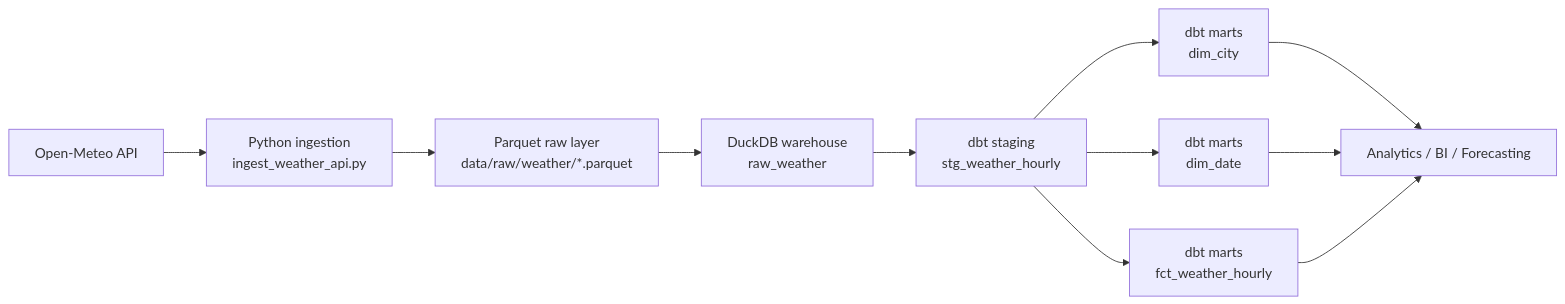
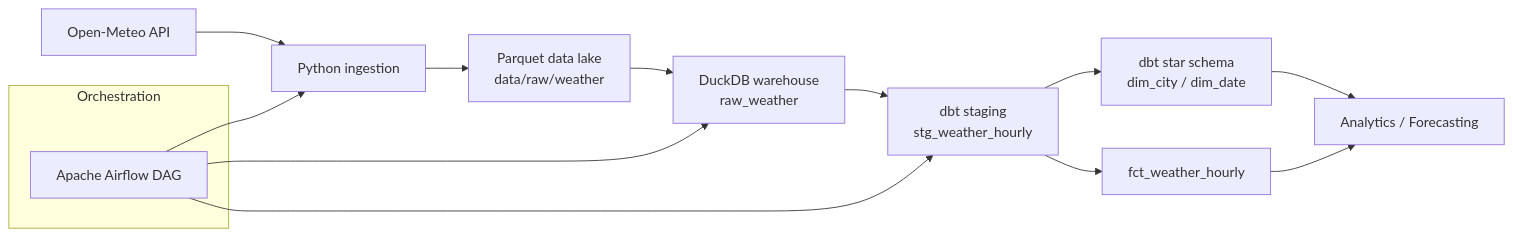
The first of 2 diagrams in README.md (franc225/canadian-weather-data-pipeline), drawn with Mermaid before and after one commit. The commit also changed other lines of this file and 8 other files, not shown here.

Commit message:
Add airflow orchestration

````diff
--- a/README.md
+++ b/README.md
@@ -33,13 +33,20 @@
 ```mermaid
 flowchart LR
-    A[Open-Meteo API] --> B[Python ingestion<br/>ingest_weather_api.py]
-    B --> C[Parquet raw layer<br/>data/raw/weather/*.parquet]
-    C --> D[DuckDB warehouse<br/>raw_weather]
-    D --> E[dbt staging<br/>stg_weather_hourly]
-    E --> F[dbt marts<br/>dim_city]
-    E --> G[dbt marts<br/>dim_date]
-    E --> H[dbt marts<br/>fct_weather_hourly]
-    F --> I[Analytics / BI / Forecasting]
-    G --> I
-    H --> I
+
+A[Open-Meteo API] --> B[Python ingestion]
+B --> C[Parquet data lake<br/>data/raw/weather]
+C --> D[DuckDB warehouse<br/>raw_weather]
+D --> E[dbt staging<br/>stg_weather_hourly]
+E --> F[dbt star schema<br/>dim_city / dim_date]
+E --> G[fct_weather_hourly]
+F --> H[Analytics / Forecasting]
+G --> H
+
+subgraph Orchestration
+I[Apache Airflow DAG]
+end
+
+I --> B
+I --> D
+I --> E
 ```
````
